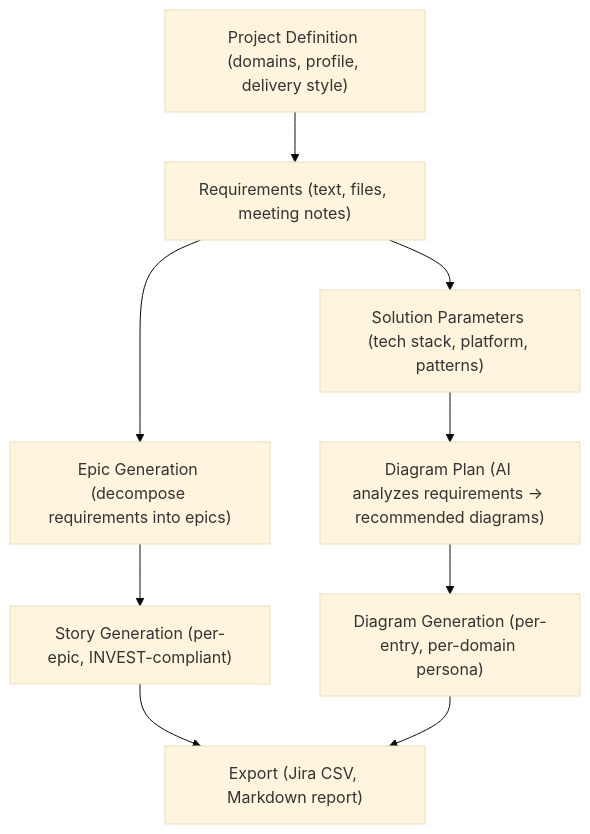
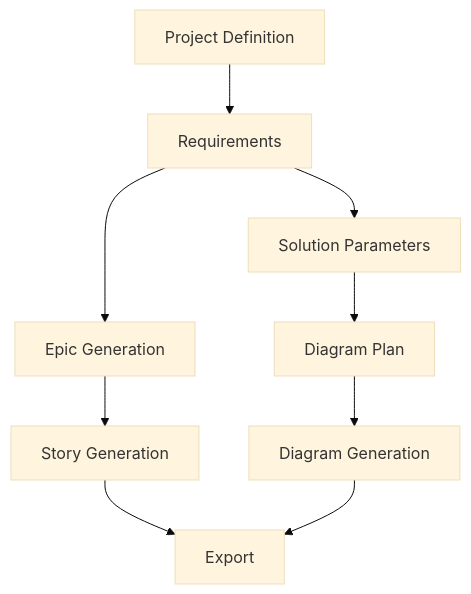
One commit to petergdoyle/actor-factory changed the fifth of 5 diagrams in docs/ai-engineering/ai-strategy.md. Above: the diagram before and after it, drawn with Mermaid (base theme). The commit also changed other lines of this file and 12 other files, not shown here.

````diff
--- a/docs/ai-engineering/ai-strategy.md
+++ b/docs/ai-engineering/ai-strategy.md
@@ -319,11 +319,11 @@
 ```mermaid
 flowchart TD
-    PD["Project Definition (domains, profile, delivery style)"] --> REQ["Requirements (text, files, meeting notes)"]
-    REQ --> SP["Solution Parameters (tech stack, platform, patterns)"]
-    SP --> PLAN["Diagram Plan (AI analyzes requirements → recommended diagrams)"]
-    PLAN --> DIAG["Diagram Generation (per-entry, per-domain persona)"]
-    REQ --> EPICS["Epic Generation (decompose requirements into epics)"]
-    EPICS --> STORIES["Story Generation (per-epic, INVEST-compliant)"]
-    STORIES --> EXPORT["Export (Jira CSV, Markdown report)"]
+    PD["Project Definition"] --> REQ["Requirements"]
+    REQ --> SP["Solution Parameters"]
+    SP --> PLAN["Diagram Plan"]
+    PLAN --> DIAG["Diagram Generation"]
+    REQ --> EPICS["Epic Generation"]
+    EPICS --> STORIES["Story Generation"]
+    STORIES --> EXPORT["Export"]
     DIAG --> EXPORT
 ```
````
